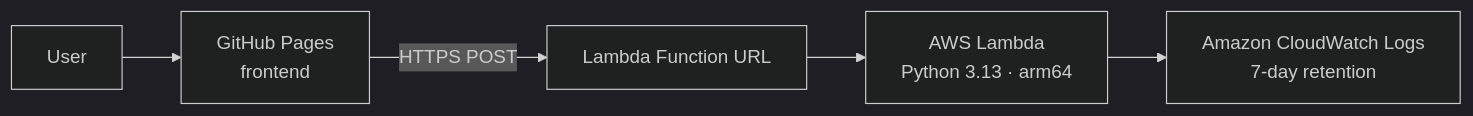
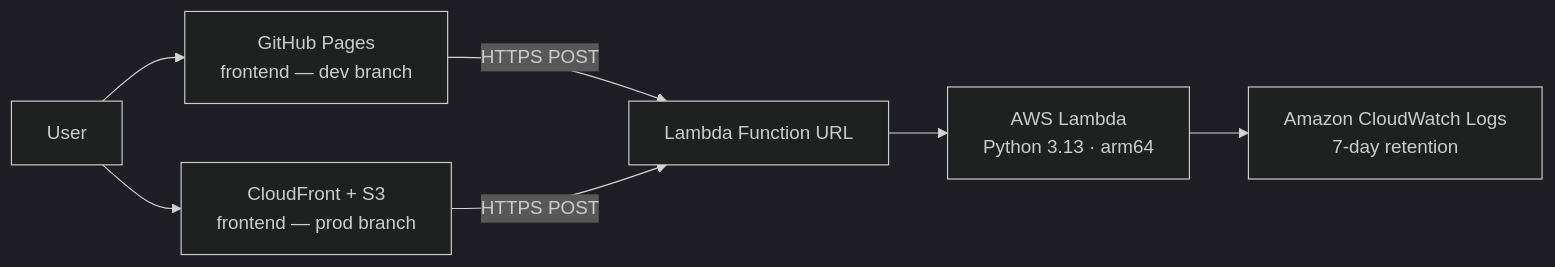
Before and after one commit to mtzanida/bousbis-tiny-tale-machine: the diagram in README.md, drawn with Mermaid (dark theme). The commit also changed other lines of this file and 4 other files, not shown here.

Commit message:
Hide Lambda URL: inject from secret, remove unused workflows (#4)

````diff
--- a/README.md
+++ b/README.md
@@ -27,7 +27,9 @@
 ```mermaid
 flowchart LR
-    User --> Pages[GitHub Pages\nfrontend]
+    User --> Pages[GitHub Pages\nfrontend — dev branch]
+    User --> CF[CloudFront + S3\nfrontend — prod branch]
     Pages -->|HTTPS POST| URL[Lambda Function URL]
-    URL --> Lambda[AWS Lambda\nPython 3.13 · arm64]
+    CF    -->|HTTPS POST| URL
+    URL   --> Lambda[AWS Lambda\nPython 3.13 · arm64]
     Lambda --> Logs[Amazon CloudWatch Logs\n7-day retention]
 ```
````
